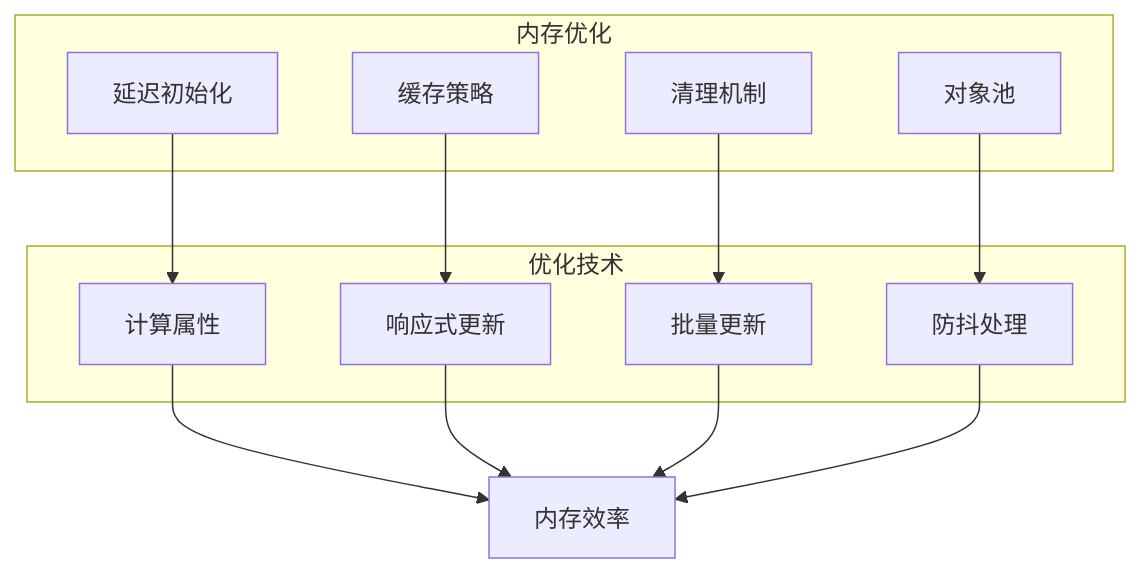
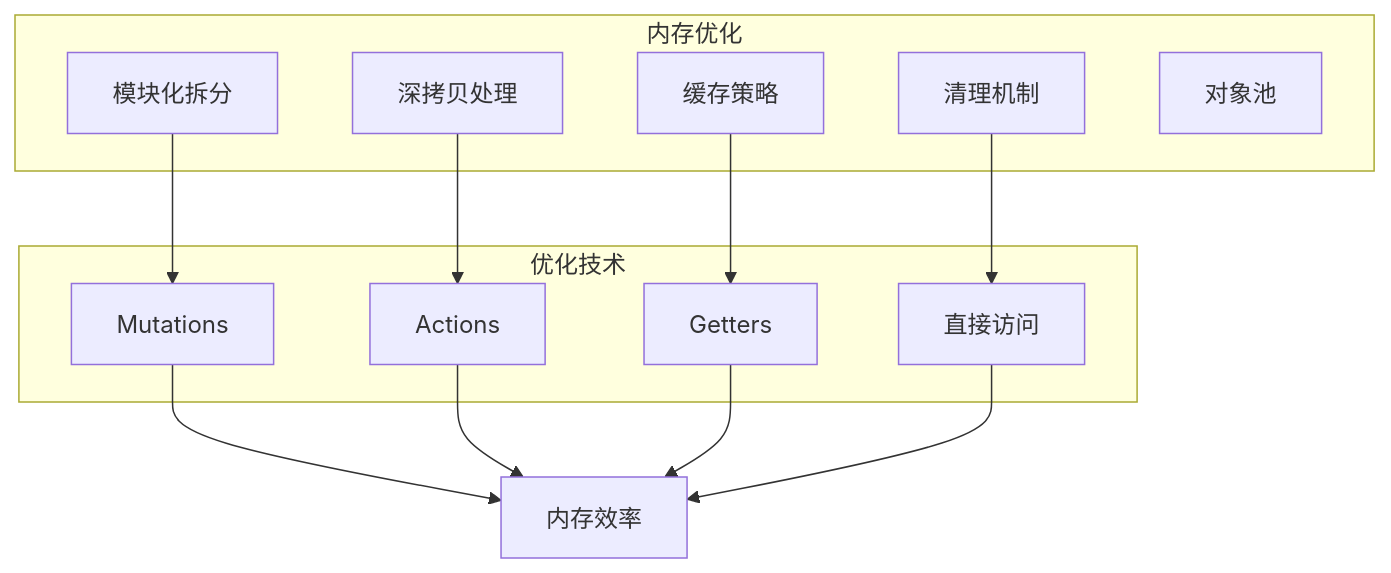
One commit to Easemob-Community/easemob-uikit-uniapp-community changed the tenth of 11 diagrams in .qoder/repowiki/zh/content/核心架构/Store状态管理系统架构/Pinia状态管理概览.md. Above: the diagram before and after it, drawn with Mermaid. The commit also changed other lines of this file and 14 other files, not shown here.

````diff
--- a/.qoder/repowiki/zh/content/核心架构/Store状态管理系统架构/Pinia状态管理概览.md
+++ b/.qoder/repowiki/zh/content/核心架构/Store状态管理系统架构/Pinia状态管理概览.md
@@ -554,23 +530,24 @@
 ```mermaid
 flowchart TD
 subgraph "内存优化"
-LazyInit[延迟初始化]
+ModuleSplit[模块化拆分]
+DeepClone[深拷贝处理]
 Cache[缓存策略]
 Cleanup[清理机制]
 Pool[对象池]
 end
 subgraph "优化技术"
-Computed[计算属性]
-Reactive[响应式更新]
-Batch[批量更新]
-Debounce[防抖处理]
+Mutation[Mutations]
+Action[Actions]
+Getter[Getters]
+DirectAccess[直接访问]
 end
-LazyInit --> Computed
-Cache --> Reactive
-Cleanup --> Batch
-Pool --> Debounce
-Computed --> Memory[内存效率]
-Reactive --> Memory
-Batch --> Memory
-Debounce --> Memory
+ModuleSplit --> Mutation
+DeepClone --> Action
+Cache --> Getter
+Cleanup --> DirectAccess
+Mutation --> Memory[内存效率]
+Action --> Memory
+Getter --> Memory
+DirectAccess --> Memory
 ```
````
